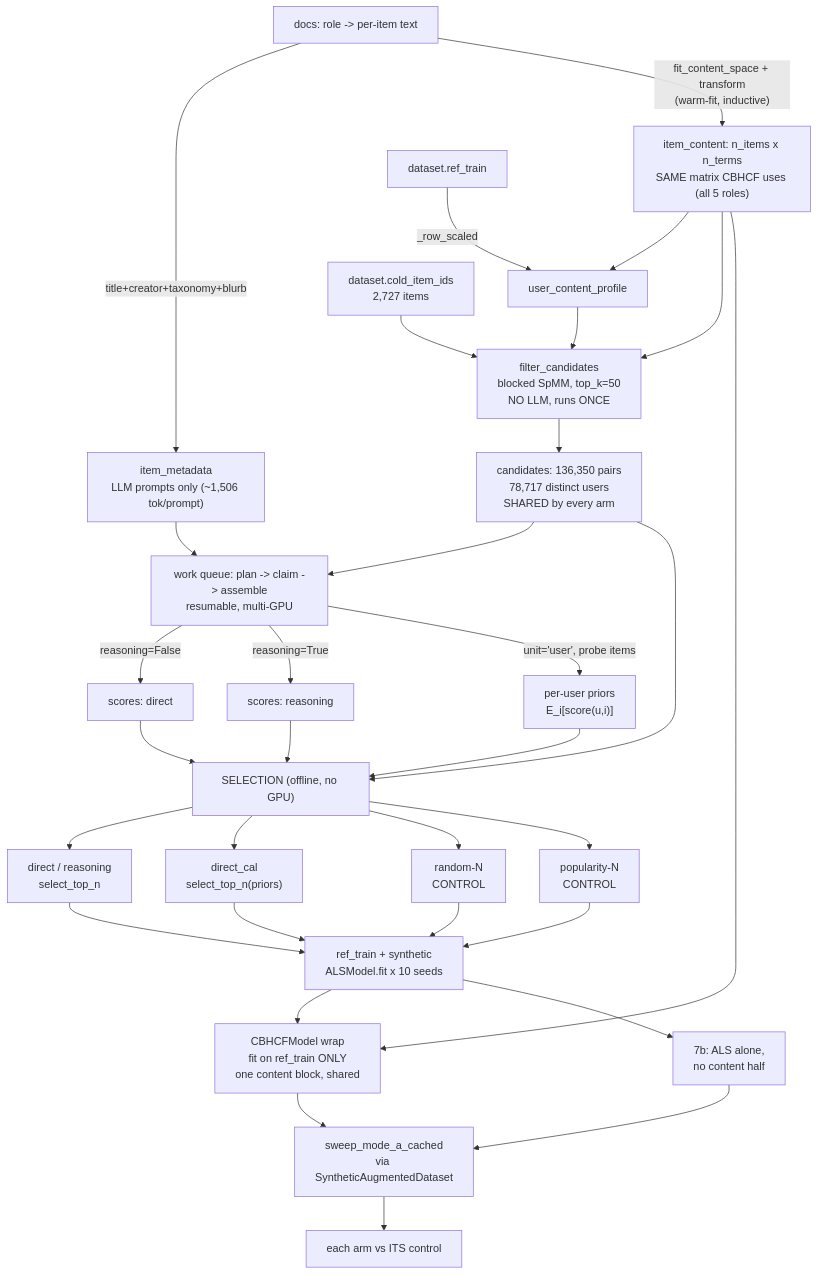
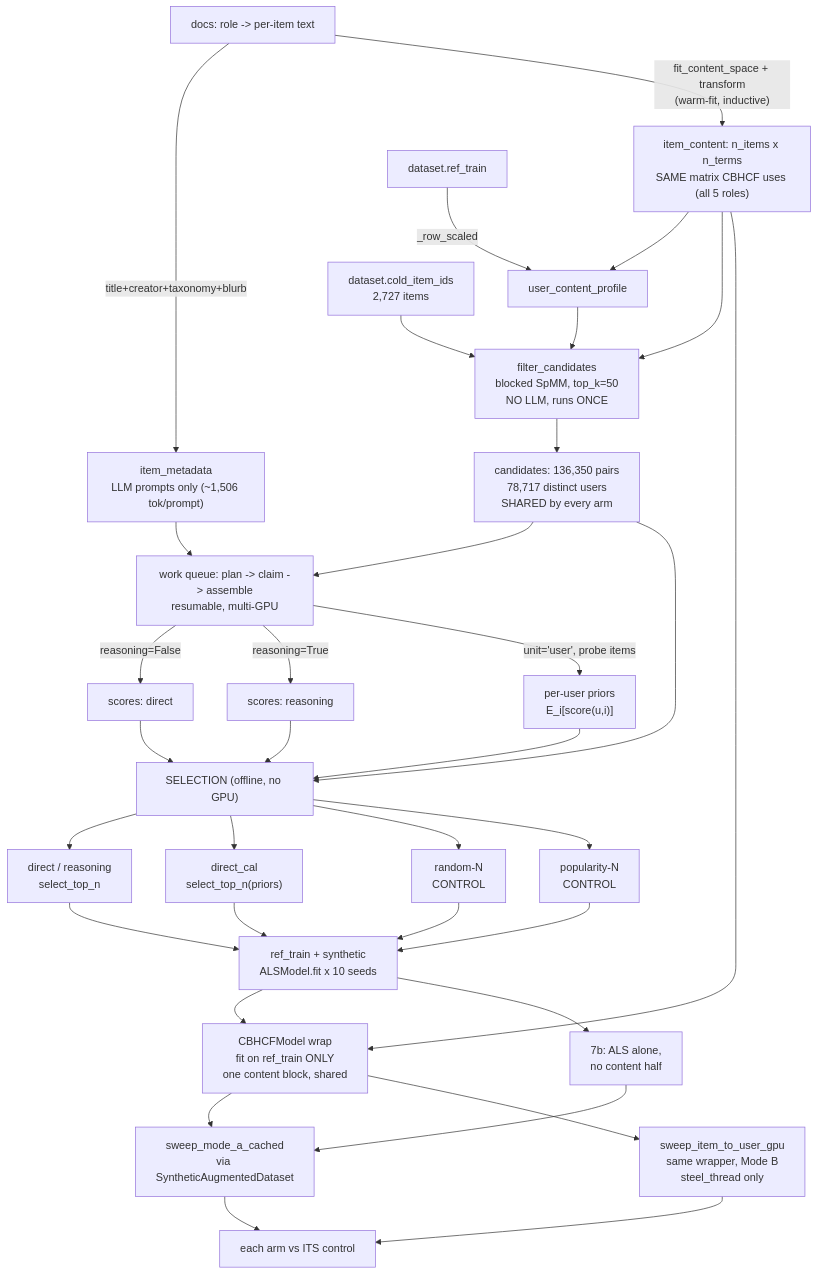
One commit to jessylan/llm-cold-start-recsys changed the diagram in design_documents/08-intervention-b-coldllm.md. Above: the diagram before and after it, drawn with Mermaid. The commit also changed other lines of this file and 5 other files, not shown here.

````diff
--- a/design_documents/08-intervention-b-coldllm.md
+++ b/design_documents/08-intervention-b-coldllm.md
@@ -47,41 +47,43 @@
 ```mermaid
 flowchart TD
     DOCS["docs: role -> per-item text"] -->|"title+creator+taxonomy+blurb"| META["item_metadata<br/>LLM prompts only (~1,506 tok/prompt)"]
     DOCS -->|"fit_content_space + transform<br/>(warm-fit, inductive)"| TFIDF["item_content: n_items x n_terms<br/>SAME matrix CBHCF uses (all 5 roles)"]
 
     TRAIN["dataset.ref_train"] -->|"_row_scaled"| PROF["user_content_profile"]
     TFIDF --> PROF
     TFIDF --> FC["filter_candidates<br/>blocked SpMM, top_k=50<br/>NO LLM, runs ONCE"]
     PROF --> FC
     COLD["dataset.cold_item_ids<br/>2,727 items"] --> FC
     FC --> CAND["candidates: 136,350 pairs<br/>78,717 distinct users<br/>SHARED by every arm"]
 
     CAND --> WQ["work queue: plan -> claim -> assemble<br/>resumable, multi-GPU"]
     META --> WQ
     WQ -->|"reasoning=False"| S1["scores: direct"]
     WQ -->|"reasoning=True"| S2["scores: reasoning"]
     WQ -->|"unit='user', probe items"| PRI["per-user priors<br/>E_i[score(u,i)]"]
 
     S1 --> SEL["SELECTION (offline, no GPU)"]
     S2 --> SEL
     PRI --> SEL
     CAND --> SEL
 
     SEL --> A1["direct / reasoning<br/>select_top_n"]
     SEL --> A2["direct_cal<br/>select_top_n(priors)"]
     SEL --> A3["random-N<br/>CONTROL"]
     SEL --> A4["popularity-N<br/>CONTROL"]
 
     A1 --> FIT["ref_train + synthetic<br/>ALSModel.fit x 10 seeds"]
     A2 --> FIT
     A3 --> FIT
     A4 --> FIT
 
     FIT --> CB["CBHCFModel wrap<br/>fit on ref_train ONLY<br/>one content block, shared"]
     TFIDF --> CB
     FIT --> ALSONLY["7b: ALS alone,<br/>no content half"]
 
     CB --> SWEEP["sweep_mode_a_cached<br/>via SyntheticAugmentedDataset"]
     ALSONLY --> SWEEP
+    CB --> SWEEPB["sweep_item_to_user_gpu<br/>same wrapper, Mode B<br/>steel_thread only"]
     SWEEP --> RES["each arm vs ITS control"]
+    SWEEPB --> RES
 ```
````
